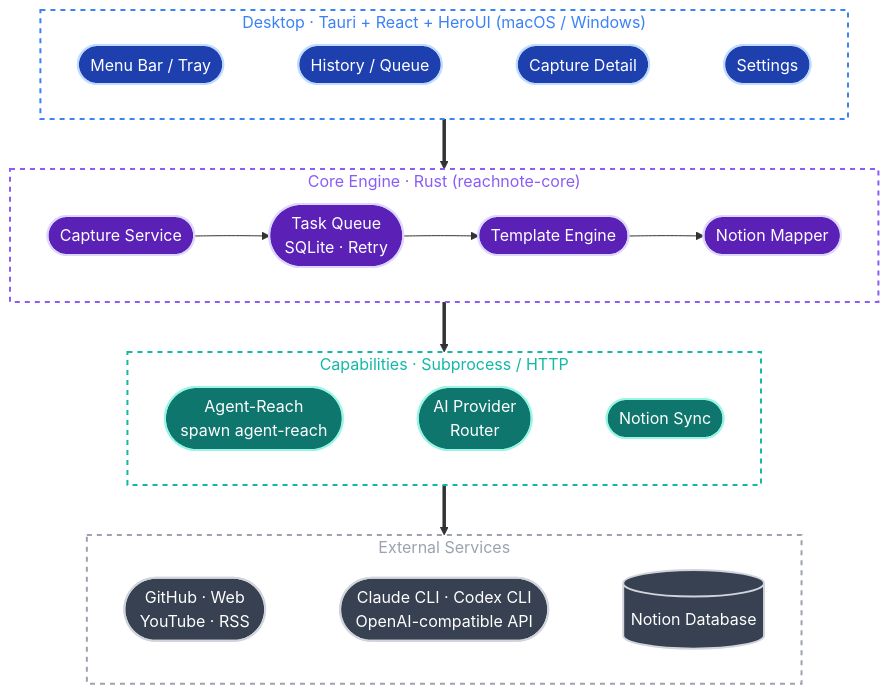
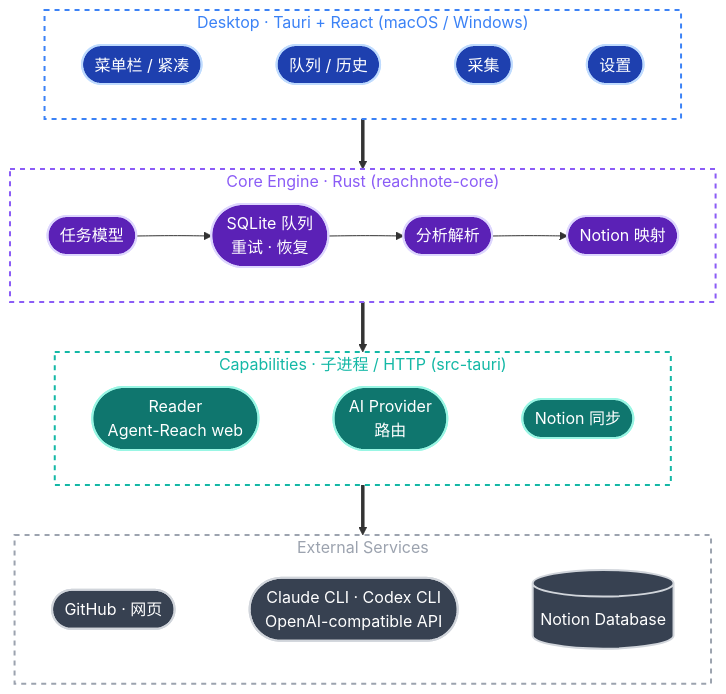
One commit to AliceDel66/ReachNote changed the second of 5 diagrams in README.zh-CN.md. Above: the diagram before and after it, drawn with Mermaid. The commit also changed other lines of this file and 46 other files, not shown here.

````diff
--- a/README.zh-CN.md
+++ b/README.zh-CN.md
@@ -113,34 +134,34 @@
 ```mermaid
 flowchart TB
     classDef ui fill:#1e40af,stroke:#bfdbfe,stroke-width:2px,color:#fff
     classDef core fill:#5b21b6,stroke:#ddd6fe,stroke-width:2px,color:#fff
     classDef cap fill:#0f766e,stroke:#99f6e4,stroke-width:2px,color:#fff
     classDef ext fill:#374151,stroke:#d1d5db,stroke-width:2px,color:#fff
 
-    subgraph UI["Desktop · Tauri + React + HeroUI (macOS / Windows)"]
+    subgraph UI["Desktop · Tauri + React (macOS / Windows)"]
         direction LR
-        Menu(["Menu Bar / Tray"]):::ui ~~~ History(["History / Queue"]):::ui ~~~ Detail(["Capture Detail"]):::ui ~~~ Settings(["Settings"]):::ui
+        Menu(["菜单栏 / 紧凑"]):::ui ~~~ History(["队列 / 历史"]):::ui ~~~ Detail(["采集"]):::ui ~~~ Settings(["设置"]):::ui
     end
 
     subgraph Core["Core Engine · Rust (reachnote-core)"]
         direction LR
-        CaptureSvc(["Capture Service"]):::core --> Queue(["Task Queue<br/>SQLite · Retry"]):::core --> Tmpl(["Template Engine"]):::core --> Mapper(["Notion Mapper"]):::core
+        CaptureSvc(["任务模型"]):::core --> Queue(["SQLite 队列<br/>重试 · 恢复"]):::core --> Tmpl(["分析解析"]):::core --> Mapper(["Notion 映射"]):::core
     end
 
-    subgraph Cap["Capabilities · Subprocess / HTTP"]
+    subgraph Cap["Capabilities · 子进程 / HTTP (src-tauri)"]
         direction LR
-        Reach(["Agent-Reach<br/>spawn agent-reach"]):::cap ~~~ AIRouter(["AI Provider<br/>Router"]):::cap ~~~ NotionSync(["Notion Sync"]):::cap
+        Reach(["Reader<br/>Agent-Reach web"]):::cap ~~~ AIRouter(["AI Provider<br/>路由"]):::cap ~~~ NotionSync(["Notion 同步"]):::cap
     end
 
     subgraph Ext["External Services"]
         direction LR
-        Sites(["GitHub · Web<br/>YouTube · RSS"]):::ext ~~~ AIBackends(["Claude CLI · Codex CLI<br/>OpenAI-compatible API"]):::ext ~~~ NotionDB[("Notion Database")]:::ext
+        Sites(["GitHub · 网页"]):::ext ~~~ AIBackends(["Claude CLI · Codex CLI<br/>OpenAI-compatible API"]):::ext ~~~ NotionDB[("Notion Database")]:::ext
     end
 
     UI ==> Core ==> Cap ==> Ext
 
     style UI fill:none,stroke:#3b82f6,stroke-width:2px,stroke-dasharray:5 5,color:#3b82f6
     style Core fill:none,stroke:#8b5cf6,stroke-width:2px,stroke-dasharray:5 5,color:#8b5cf6
     style Cap fill:none,stroke:#14b8a6,stroke-width:2px,stroke-dasharray:5 5,color:#14b8a6
     style Ext fill:none,stroke:#9ca3af,stroke-width:2px,stroke-dasharray:5 5,color:#9ca3af
 ```
````
